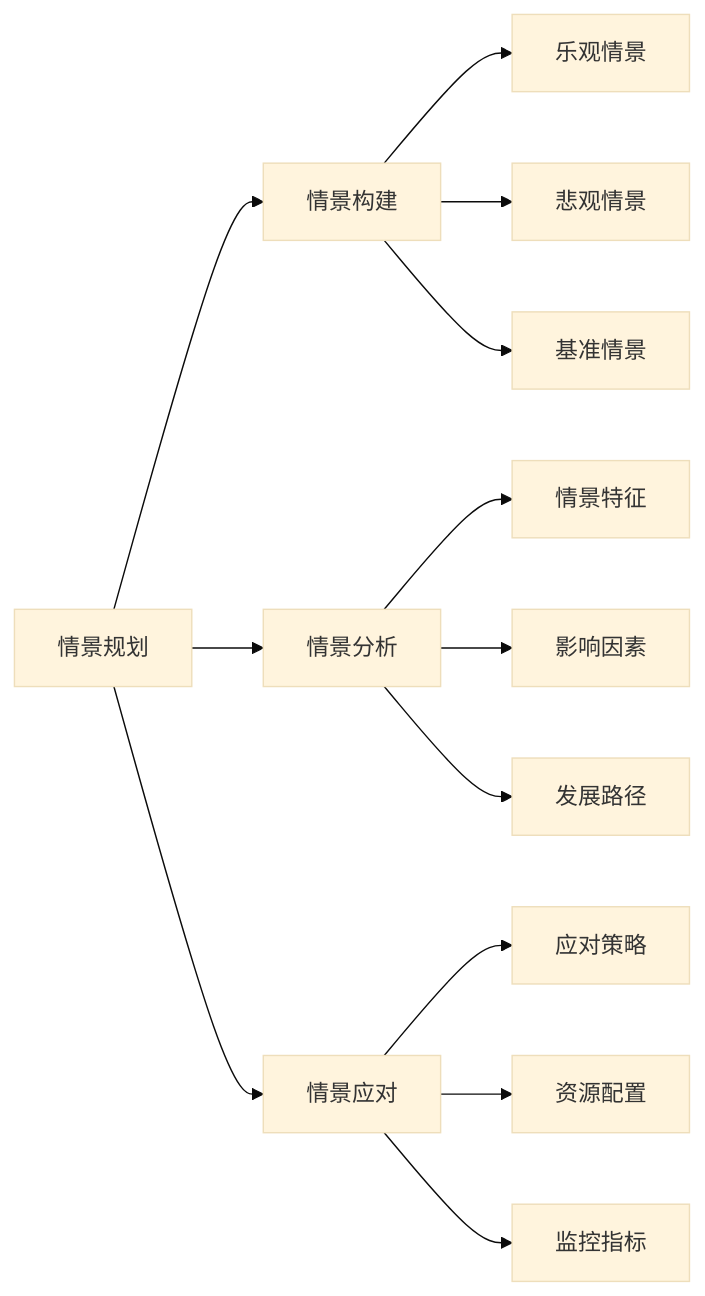
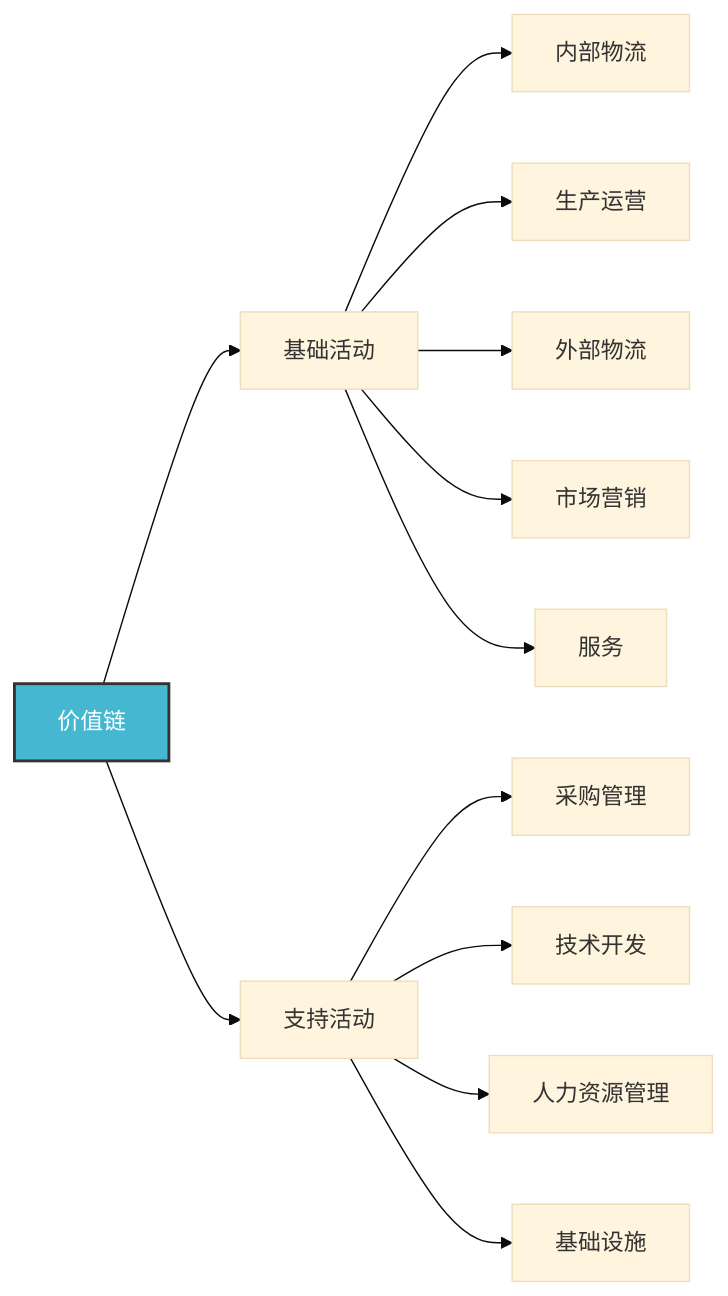
The third of 8 diagrams in 企业领导力/03-能力构建层/核心领导能力/01-战略思维.md (Anping2017/obsidian), drawn with Mermaid (base theme) before and after one commit. The commit also changed other lines of this file and 28 other files, not shown here.

````diff
--- a/企业领导力/03-能力构建层/核心领导能力/01-战略思维.md
+++ b/企业领导力/03-能力构建层/核心领导能力/01-战略思维.md
@@ -134,18 +92,18 @@
 ```mermaid
 graph LR
-    A[情景规划] --> B[情景构建]
-    A --> C[情景分析]
-    A --> D[情景应对]
+    A[价值链] --> B[基础活动]
+    A --> C[支持活动]
     
-    B --> B1[乐观情景]
-    B --> B2[悲观情景]
-    B --> B3[基准情景]
+    B --> B1[内部物流]
+    B --> B2[生产运营]
+    B --> B3[外部物流]
+    B --> B4[市场营销]
+    B --> B5[服务]
     
-    C --> C1[情景特征]
-    C --> C2[影响因素]
-    C --> C3[发展路径]
+    C --> C1[采购管理]
+    C --> C2[技术开发]
+    C --> C3[人力资源管理]
+    C --> C4[基础设施]
     
-    D --> D1[应对策略]
-    D --> D2[资源配置]
-    D --> D3[监控指标]
+    style A fill:#45b7d1,stroke:#333,stroke-width:2px,color:#fff
 ```
````
